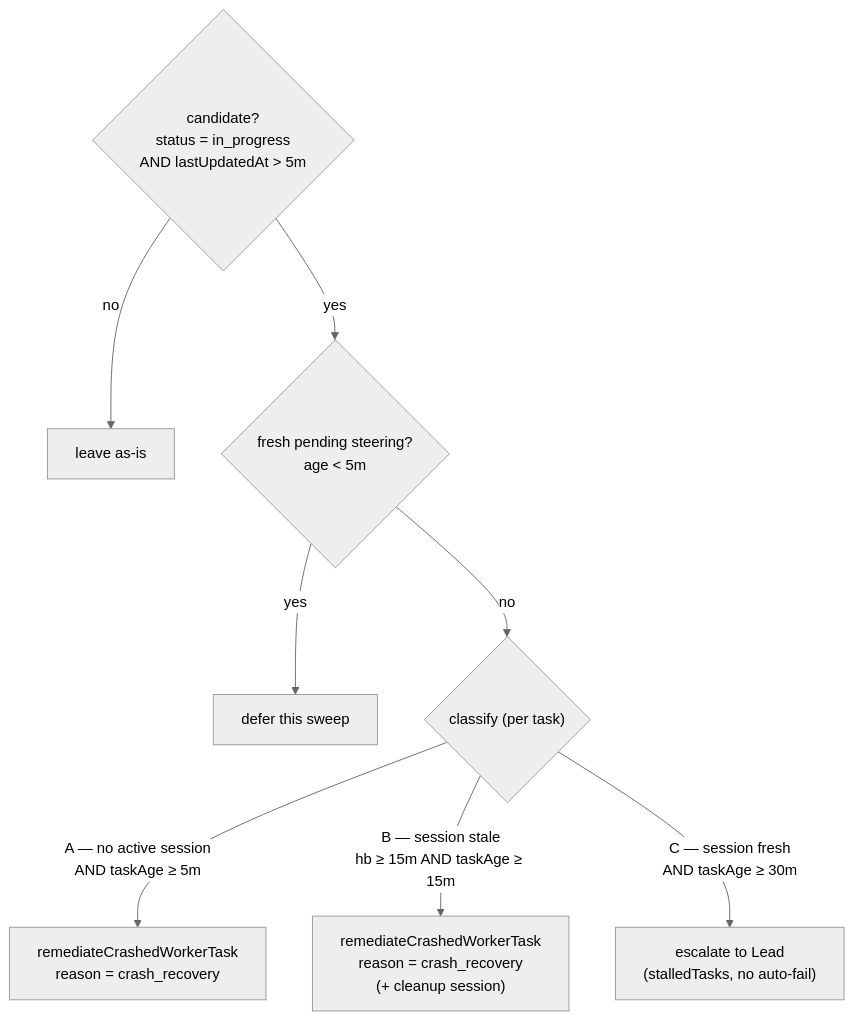
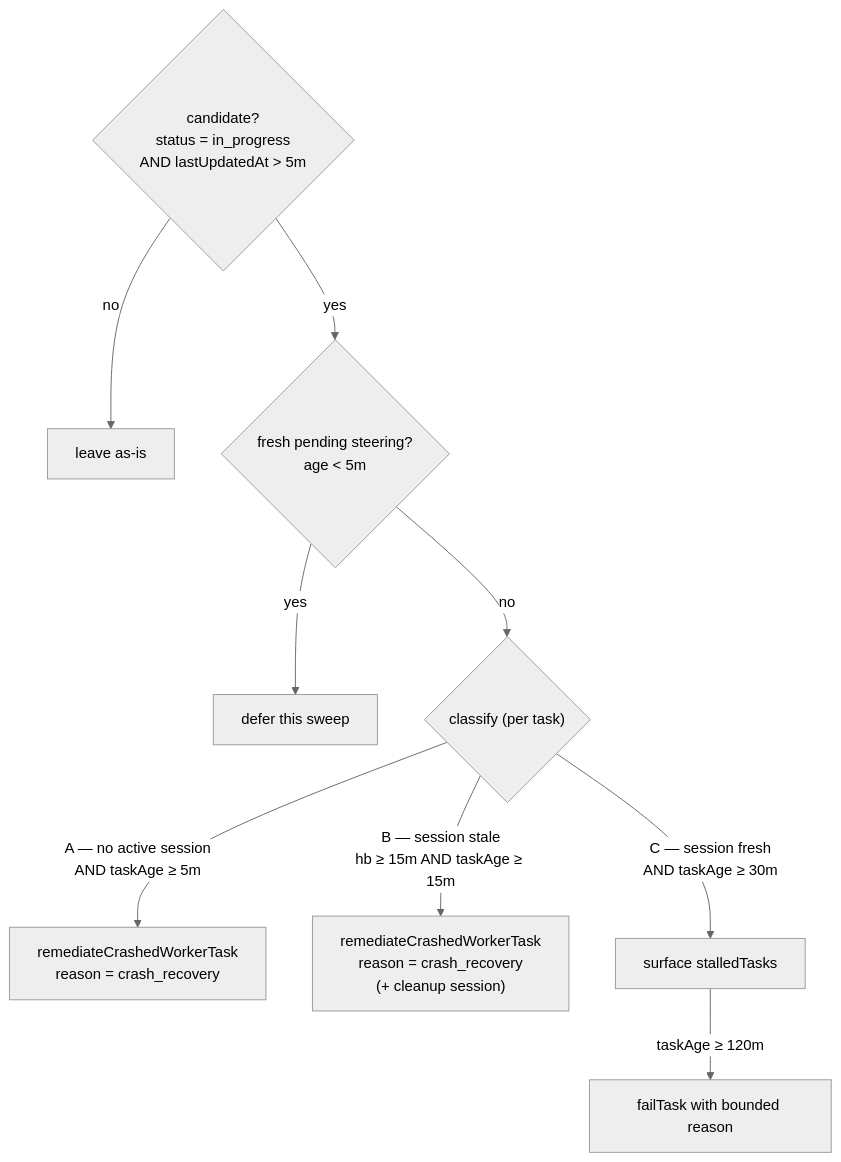
Before and after one commit to desplega-ai/agent-swarm: the second of 4 diagrams in runbooks/heartbeat-crash-recovery.md, drawn with Mermaid (neutral theme). The commit also changed other lines of this file and 24 other files, not shown here.

````diff
--- a/runbooks/heartbeat-crash-recovery.md
+++ b/runbooks/heartbeat-crash-recovery.md
@@ -96,10 +96,11 @@
 ```mermaid
 flowchart TD
   cand{"candidate?<br/>status = in_progress<br/>AND lastUpdatedAt > 5m"} -- no --> skip["leave as-is"]
   cand -- yes --> steer{"fresh pending steering?<br/>age < 5m"}
   steer -- yes --> defer["defer this sweep"]
   steer -- no --> cls{"classify (per task)"}
   cls -->|"A — no active session<br/>AND taskAge ≥ 5m"| remA["remediateCrashedWorkerTask<br/>reason = crash_recovery"]
   cls -->|"B — session stale<br/>hb ≥ 15m AND taskAge ≥ 15m"| remB["remediateCrashedWorkerTask<br/>reason = crash_recovery<br/>(+ cleanup session)"]
-  cls -->|"C — session fresh<br/>AND taskAge ≥ 30m"| esc["escalate to Lead<br/>(stalledTasks, no auto-fail)"]
+  cls -->|"C — session fresh<br/>AND taskAge ≥ 30m"| esc["surface stalledTasks"]
+  esc -->|"taskAge ≥ 120m"| fail["failTask with bounded reason"]
 ```
````
